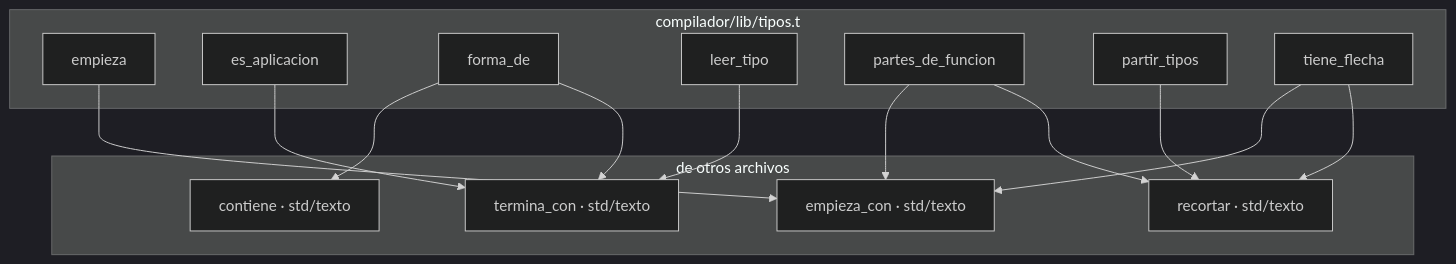
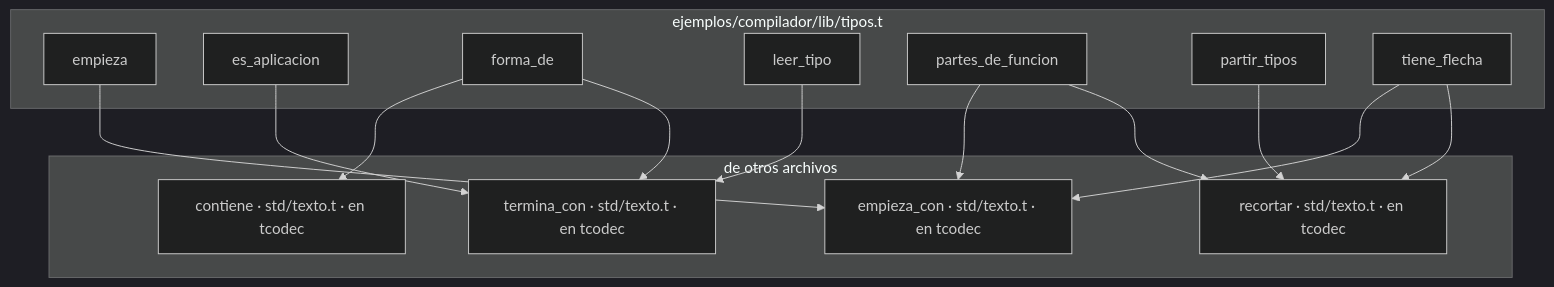
Diagram 12 of 44 in docs/grafo-funciones.md (NTellezM/tcode), drawn with Mermaid (dark theme) before and after one commit. The commit also changed other lines of this file and 5 other files, not shown here.

````diff
--- a/docs/grafo-funciones.md
+++ b/docs/grafo-funciones.md
@@ -1435,29 +1526,29 @@
 ```mermaid
 graph TD
-    subgraph compilador_lib_tipos["compilador/lib/tipos.t"]
-        compilador_lib_tipos__empieza["empieza"]
-        compilador_lib_tipos__es_aplicacion["es_aplicacion"]
-        compilador_lib_tipos__forma_de["forma_de"]
-        compilador_lib_tipos__leer_tipo["leer_tipo"]
-        compilador_lib_tipos__partes_de_funcion["partes_de_funcion"]
-        compilador_lib_tipos__partir_tipos["partir_tipos"]
-        compilador_lib_tipos__tiene_flecha["tiene_flecha"]
+    subgraph ejemplos_compilador_lib_tipos["ejemplos/compilador/lib/tipos.t"]
+        ejemplos_compilador_lib_tipos__empieza["empieza"]
+        ejemplos_compilador_lib_tipos__es_aplicacion["es_aplicacion"]
+        ejemplos_compilador_lib_tipos__forma_de["forma_de"]
+        ejemplos_compilador_lib_tipos__leer_tipo["leer_tipo"]
+        ejemplos_compilador_lib_tipos__partes_de_funcion["partes_de_funcion"]
+        ejemplos_compilador_lib_tipos__partir_tipos["partir_tipos"]
+        ejemplos_compilador_lib_tipos__tiene_flecha["tiene_flecha"]
     end
     subgraph fuera["de otros archivos"]
-        std_texto__contiene["contiene · std/texto"]
-        std_texto__empieza_con["empieza_con · std/texto"]
-        std_texto__recortar["recortar · std/texto"]
-        std_texto__termina_con["termina_con · std/texto"]
+        std_texto__contiene["contiene · std/texto.t · en tcodec"]
+        std_texto__empieza_con["empieza_con · std/texto.t · en tcodec"]
+        std_texto__recortar["recortar · std/texto.t · en tcodec"]
+        std_texto__termina_con["termina_con · std/texto.t · en tcodec"]
     end
 
-    compilador_lib_tipos__empieza --> std_texto__empieza_con
-    compilador_lib_tipos__es_aplicacion --> std_texto__termina_con
-    compilador_lib_tipos__forma_de --> std_texto__contiene
-    compilador_lib_tipos__forma_de --> std_texto__termina_con
-    compilador_lib_tipos__leer_tipo --> std_texto__termina_con
-    compilador_lib_tipos__partes_de_funcion --> std_texto__empieza_con
-    compilador_lib_tipos__partes_de_funcion --> std_texto__recortar
-    compilador_lib_tipos__partir_tipos --> std_texto__recortar
-    compilador_lib_tipos__tiene_flecha --> std_texto__empieza_con
-    compilador_lib_tipos__tiene_flecha --> std_texto__recortar
+    ejemplos_compilador_lib_tipos__empieza --> std_texto__empieza_con
+    ejemplos_compilador_lib_tipos__es_aplicacion --> std_texto__termina_con
+    ejemplos_compilador_lib_tipos__forma_de --> std_texto__contiene
+    ejemplos_compilador_lib_tipos__forma_de --> std_texto__termina_con
+    ejemplos_compilador_lib_tipos__leer_tipo --> std_texto__termina_con
+    ejemplos_compilador_lib_tipos__partes_de_funcion --> std_texto__empieza_con
+    ejemplos_compilador_lib_tipos__partes_de_funcion --> std_texto__recortar
+    ejemplos_compilador_lib_tipos__partir_tipos --> std_texto__recortar
+    ejemplos_compilador_lib_tipos__tiene_flecha --> std_texto__empieza_con
+    ejemplos_compilador_lib_tipos__tiene_flecha --> std_texto__recortar
 ```
````
